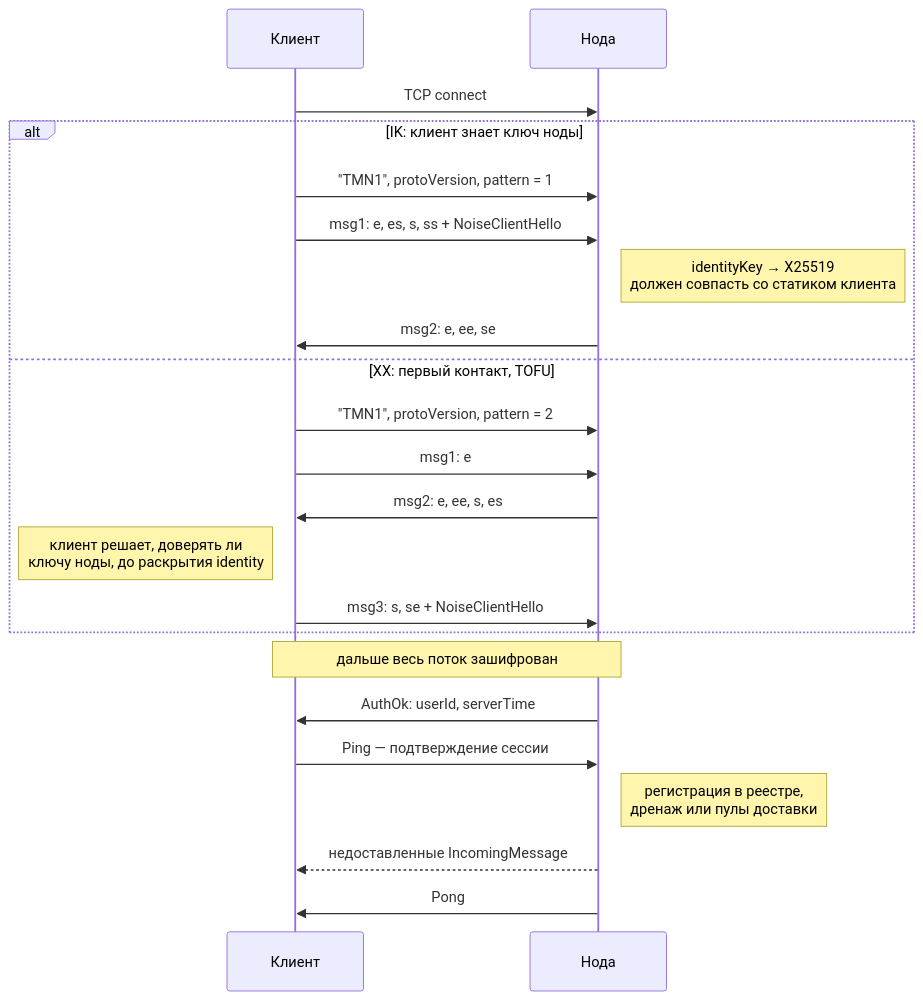
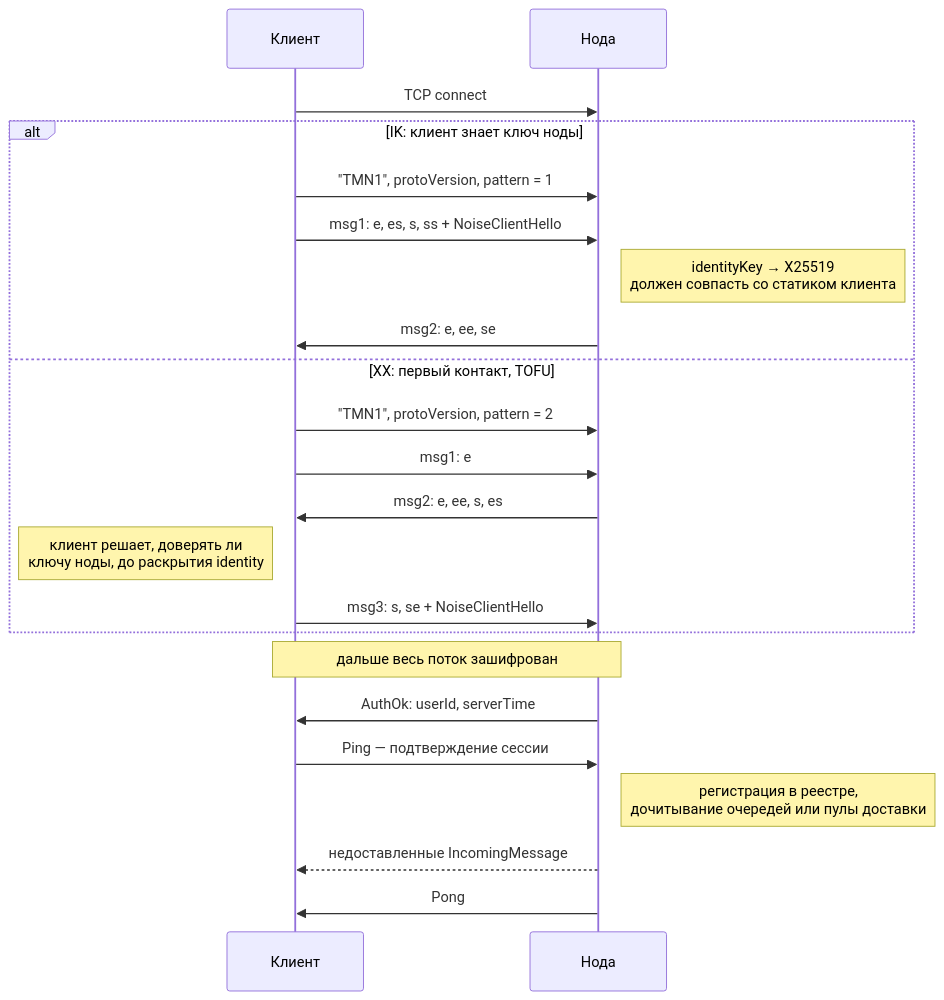
One commit to Darkildo/trustme_backend changed the fourth of 10 diagrams in docs/architecture.md. Above: the diagram before and after it, drawn with Mermaid. The commit also changed other lines of this file and 11 other files, not shown here.

First line of the commit message:
docs: иллюстрации архитектуры и сверка схем с 0.5.0

````diff
--- a/docs/architecture.md
+++ b/docs/architecture.md
@@ -138,25 +216,25 @@
 ```mermaid
 sequenceDiagram
     participant C as Клиент
     participant N as Нода
 
     C->>N: TCP connect
     alt IK: клиент знает ключ ноды
         C->>N: "TMN1", protoVersion, pattern = 1
         C->>N: msg1: e, es, s, ss + NoiseClientHello
         Note right of N: identityKey → X25519<br/>должен совпасть со статиком клиента
         N->>C: msg2: e, ee, se
     else XX: первый контакт, TOFU
         C->>N: "TMN1", protoVersion, pattern = 2
         C->>N: msg1: e
         N->>C: msg2: e, ee, s, es
         Note left of C: клиент решает, доверять ли<br/>ключу ноды, до раскрытия identity
         C->>N: msg3: s, se + NoiseClientHello
     end
     Note over C,N: дальше весь поток зашифрован
     N->>C: AuthOk: userId, serverTime
     C->>N: Ping — подтверждение сессии
-    Note right of N: регистрация в реестре,<br/>дренаж или пулы доставки
+    Note right of N: регистрация в реестре,<br/>дочитывание очередей или пулы доставки
     N-->>C: недоставленные IncomingMessage
     N->>C: Pong
 ```
````
